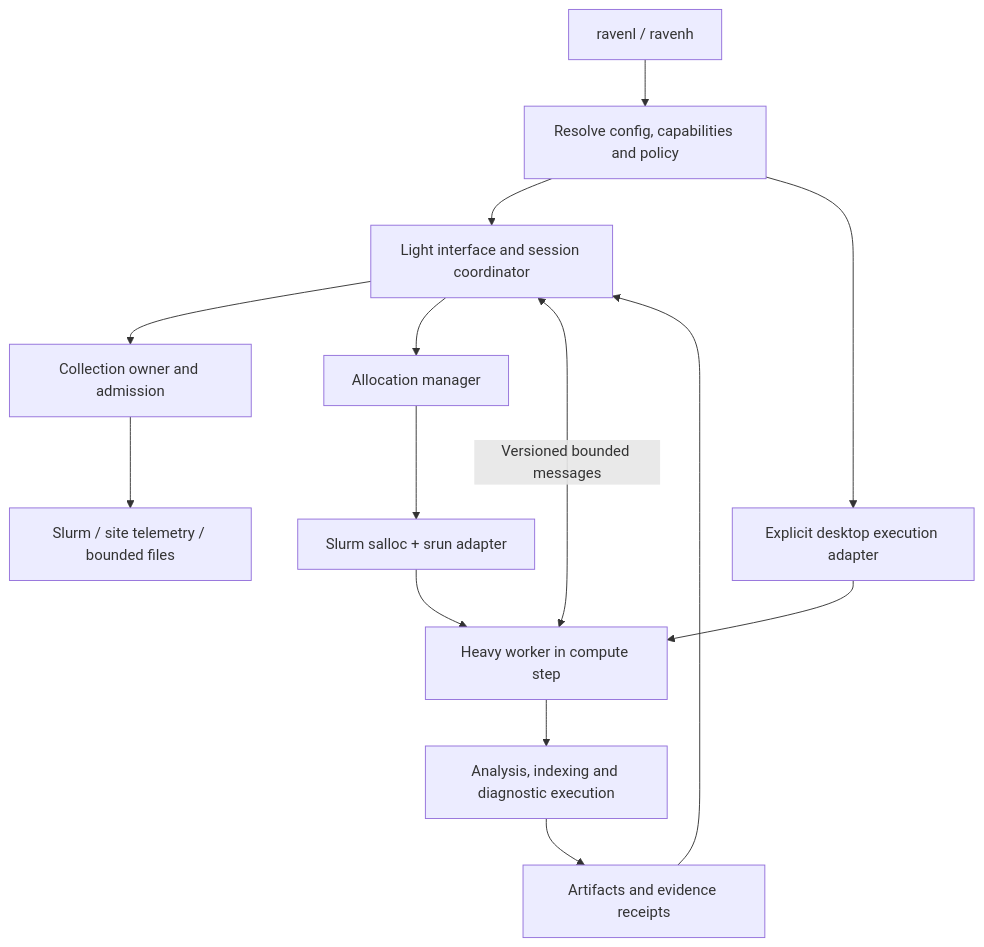
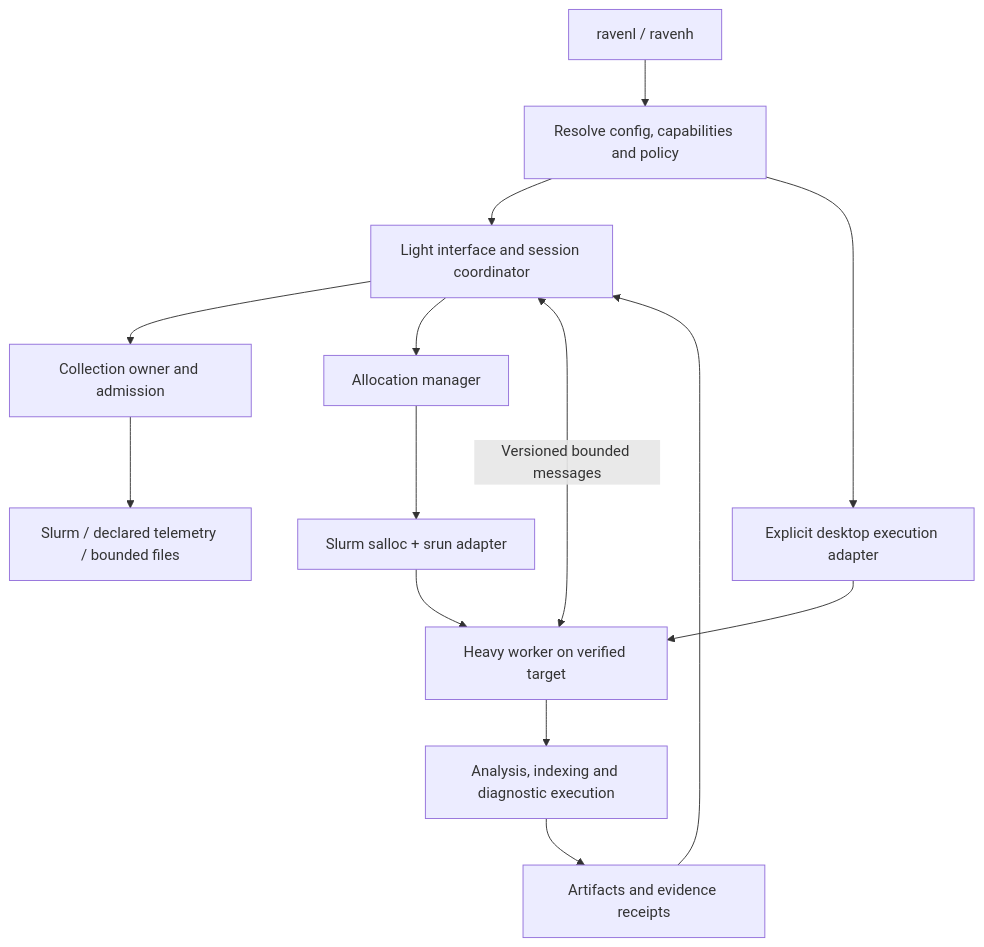
One commit to rahel99x/Raven changed the first of 2 diagrams in docs/design/project-raven-implementation-handout.md. Above: the diagram before and after it, drawn with Mermaid. The commit also changed other lines of this file and 101 other files, not shown here.

````diff
--- a/docs/design/project-raven-implementation-handout.md
+++ b/docs/design/project-raven-implementation-handout.md
@@ -71,16 +113,16 @@
 ```mermaid
 flowchart TB
     Launcher["ravenl / ravenh"] --> Config["Resolve config, capabilities and policy"]
     Config --> UI["Light interface and session coordinator"]
     UI --> Collection["Collection owner and admission"]
-    Collection --> Source["Slurm / site telemetry / bounded files"]
+    Collection --> Source["Slurm / declared telemetry / bounded files"]
     UI --> Alloc["Allocation manager"]
     Alloc --> Launch["Slurm salloc + srun adapter"]
-    Launch --> Worker["Heavy worker in compute step"]
+    Launch --> Worker["Heavy worker on verified target"]
     Config --> Desktop["Explicit desktop execution adapter"]
     Desktop --> Worker
     UI <-->|"Versioned bounded messages"| Worker
     Worker --> Work["Analysis, indexing and diagnostic execution"]
     Work --> Results["Artifacts and evidence receipts"]
     Results --> UI
 ```
````
